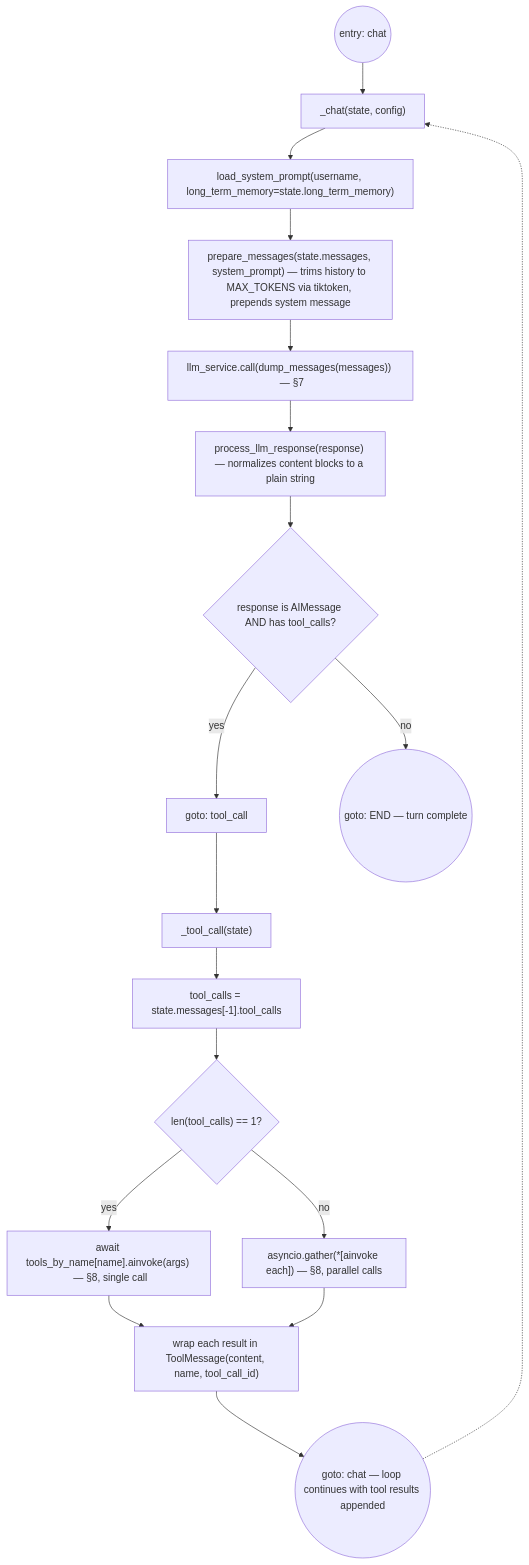
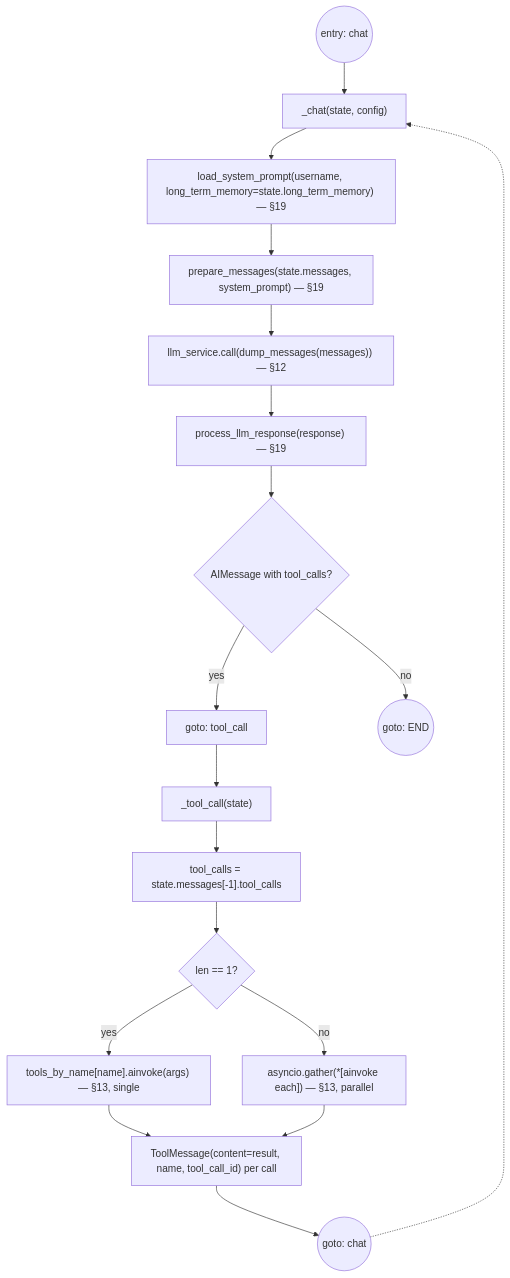
Before and after one commit to yashwilk/Craster_ChatBot: diagram 12 of 18 in dataflow.md, drawn with Mermaid. The commit also changed other lines of this file, not shown here.

````diff
--- a/dataflow.md
+++ b/dataflow.md
@@ -321,20 +392,20 @@
 ```mermaid
 flowchart TD
     start(("entry: chat")) --> CHAT["_chat(state, config)"]
-    CHAT --> C1["load_system_prompt(username, long_term_memory=state.long_term_memory)"]
-    C1 --> C2["prepare_messages(state.messages, system_prompt) — trims history to MAX_TOKENS via tiktoken, prepends system message"]
-    C2 --> C3["llm_service.call(dump_messages(messages))  — §7"]
-    C3 --> C4["process_llm_response(response) — normalizes content blocks to a plain string"]
-    C4 --> C5{"response is AIMessage AND has tool_calls?"}
+    CHAT --> C1["load_system_prompt(username, long_term_memory=state.long_term_memory) — §19"]
+    C1 --> C2["prepare_messages(state.messages, system_prompt) — §19"]
+    C2 --> C3["llm_service.call(dump_messages(messages)) — §12"]
+    C3 --> C4["process_llm_response(response) — §19"]
+    C4 --> C5{"AIMessage with tool_calls?"}
     C5 -- yes --> TOOL["goto: tool_call"]
-    C5 -- no --> END(("goto: END — turn complete"))
+    C5 -- no --> END(("goto: END"))
     TOOL --> T1["_tool_call(state)"]
     T1 --> T2["tool_calls = state.messages[-1].tool_calls"]
-    T2 --> T3{"len(tool_calls) == 1?"}
-    T3 -- yes --> T4["await tools_by_name[name].ainvoke(args)  — §8, single call"]
-    T3 -- no --> T5["asyncio.gather(*[ainvoke each]) — §8, parallel calls"]
-    T4 --> T6["wrap each result in ToolMessage(content, name, tool_call_id)"]
+    T2 --> T3{"len == 1?"}
+    T3 -- yes --> T4["tools_by_name[name].ainvoke(args) — §13, single"]
+    T3 -- no --> T5["asyncio.gather(*[ainvoke each]) — §13, parallel"]
+    T4 --> T6["ToolMessage(content=result, name, tool_call_id) per call"]
     T5 --> T6
-    T6 --> CHAT2(("goto: chat — loop continues with tool results appended"))
+    T6 --> CHAT2(("goto: chat"))
     CHAT2 -.-> CHAT
 ```
````
